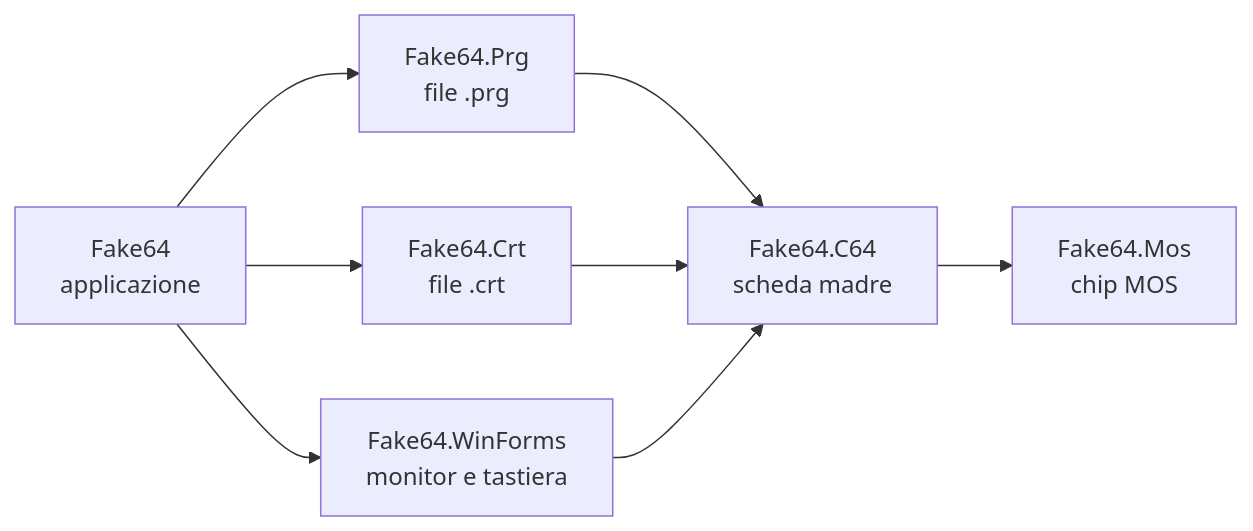
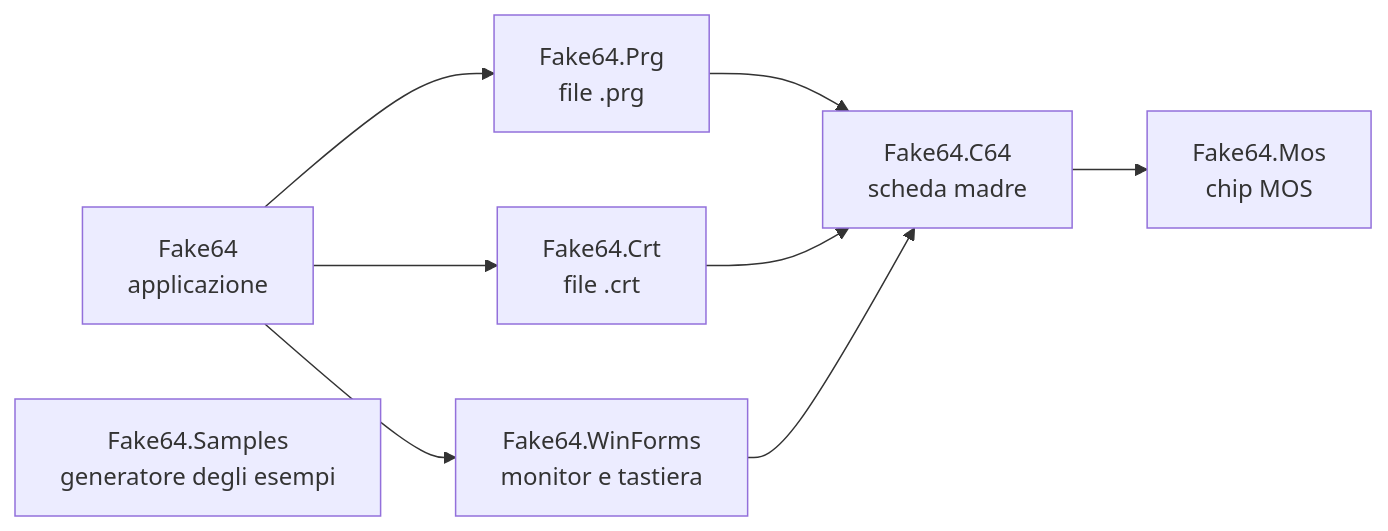
The first of 2 diagrams in docs/ARCHITETTURA.md (marcoparenzan/ThingRetro), drawn with Mermaid before and after one commit. The commit also changed other lines of this file and 20 other files, not shown here.

````diff
--- a/docs/ARCHITETTURA.md
+++ b/docs/ARCHITETTURA.md
@@ -8,16 +8,17 @@
 ```mermaid
 flowchart LR
     Mos[Fake64.Mos<br/>chip MOS]
     C64[Fake64.C64<br/>scheda madre]
     Prg[Fake64.Prg<br/>file .prg]
     Crt[Fake64.Crt<br/>file .crt]
     WinForms[Fake64.WinForms<br/>monitor e tastiera]
     App[Fake64<br/>applicazione]
+    Samples[Fake64.Samples<br/>generatore degli esempi]
     C64 --> Mos
     Prg --> C64
     Crt --> C64
     WinForms --> C64
     App --> Prg
     App --> Crt
     App --> WinForms
 ```
````
